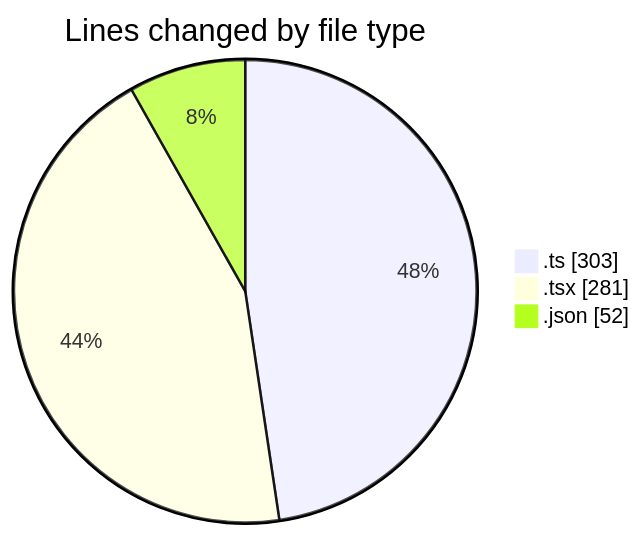
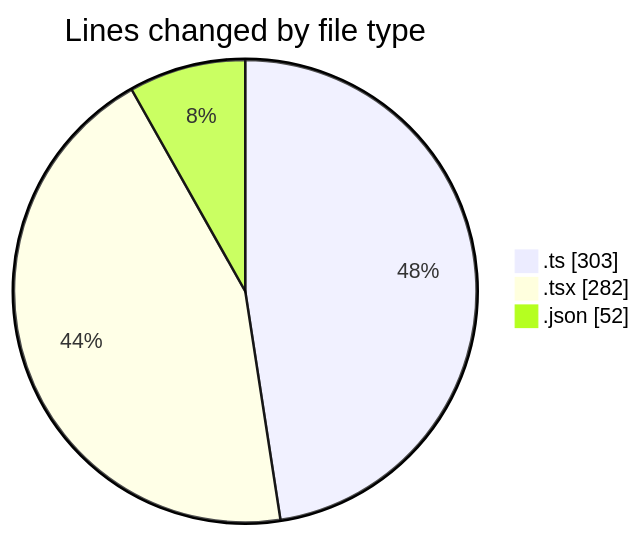
Before and after one commit to julien-gomy/code-tracking: the first of 2 diagrams in 2025-11-24/eventscop-frontend-guide__workspace_/README.md, drawn with Mermaid. The commit also changed other lines of this file and 1 other file, not shown here.

````diff
--- a/2025-11-24/eventscop-frontend-guide__workspace_/README.md
+++ b/2025-11-24/eventscop-frontend-guide__workspace_/README.md
@@ -29,7 +29,7 @@
 ```mermaid
 pie showData
 title Lines changed by file type
 ".ts" : 303
-".tsx" : 281
+".tsx" : 282
 ".json" : 52
 ```
````
